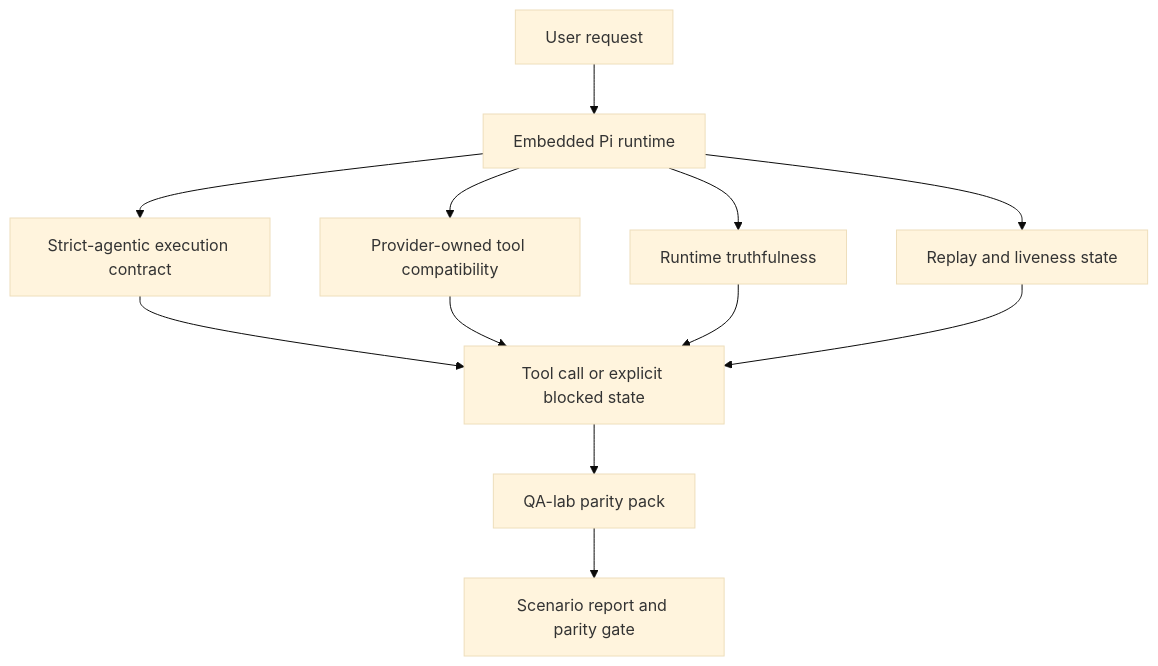
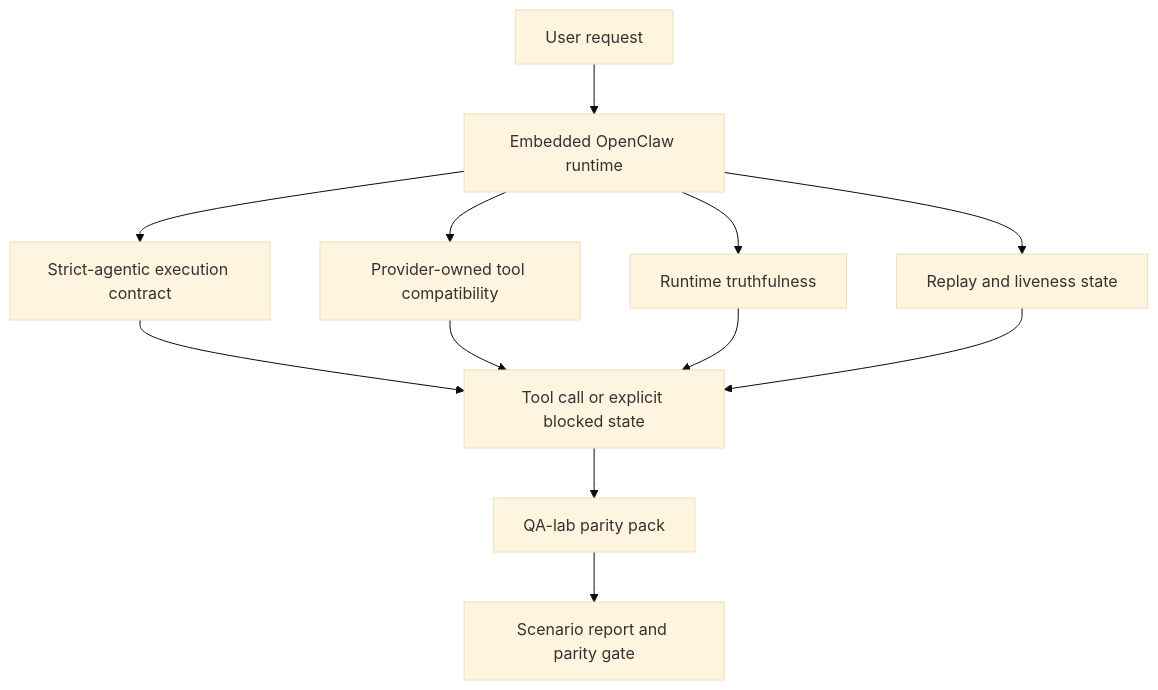
Before and after one commit to openclaw/openclaw: the first of 2 diagrams in docs/help/gpt55-codex-agentic-parity.md, drawn with Mermaid (base theme). The commit also changed other lines of this file and 68 other files, not shown here.

Commit message:
docs: document OpenClaw agent runtime cleanup

````diff
--- a/docs/help/gpt55-codex-agentic-parity.md
+++ b/docs/help/gpt55-codex-agentic-parity.md
@@ -105,14 +105,14 @@
 ```mermaid
 flowchart TD
-    A["User request"] --> B["Embedded Pi runtime"]
+    A["User request"] --> B["Embedded OpenClaw runtime"]
     B --> C["Strict-agentic execution contract"]
     B --> D["Provider-owned tool compatibility"]
     B --> E["Runtime truthfulness"]
     B --> F["Replay and liveness state"]
     C --> G["Tool call or explicit blocked state"]
     D --> G
     E --> G
     F --> G
     G --> H["QA-lab parity pack"]
     H --> I["Scenario report and parity gate"]
 ```
````
